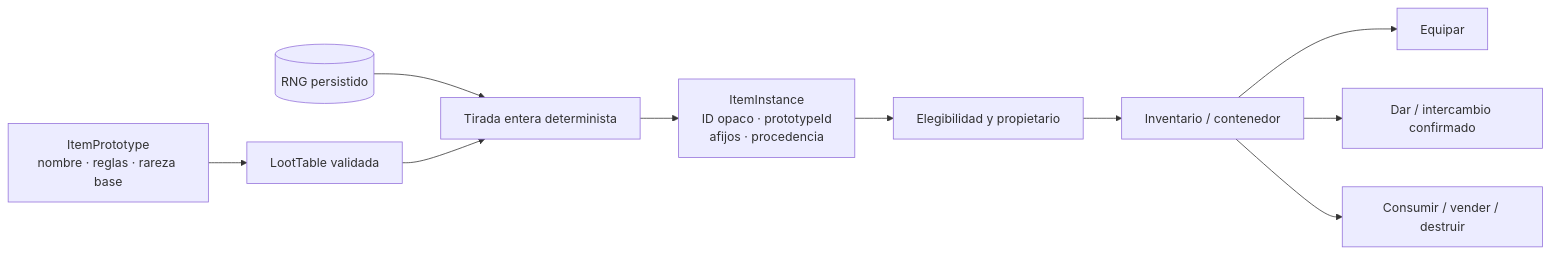
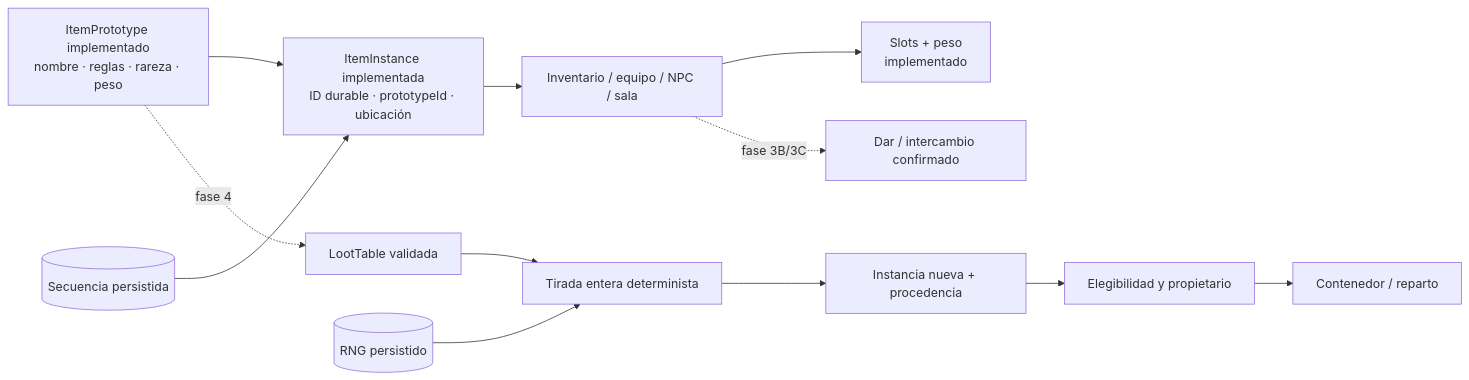
The third of 3 diagrams in docs/design/social-staff-and-loot-roadmap.md (hyukudan/tiamud), drawn with Mermaid before and after one commit. The commit also changed other lines of this file and 58 other files, not shown here.

Commit message:
Implement item instances and inventory capacity

````diff
--- a/docs/design/social-staff-and-loot-roadmap.md
+++ b/docs/design/social-staff-and-loot-roadmap.md
@@ -311,15 +345,18 @@
 ```mermaid
 flowchart LR
-    accTitle: Modelo objetivo de objetos repetibles y botín
-    accDescr: Un prototipo authored define propiedades comunes. Una tabla validada y el RNG persistido crean una instancia durable con procedencia; la transacción la asigna a un propietario o contenedor y después permite equipo, comercio o consumo.
+    accTitle: Fundamento implementado y ampliaciones de objetos repetibles
+    accDescr: Un prototipo ya define propiedades comunes y el runtime crea instancias durables distintas con capacidad e identidad segura. Tablas, derechos, contenedores y comercio siguen como fases posteriores.
 
-    Prototype[ItemPrototype<br/>nombre · reglas · rareza base] --> Table[LootTable validada]
+    Prototype[ItemPrototype implementado<br/>nombre · reglas · rareza · peso] --> Instance[ItemInstance implementada<br/>ID durable · prototypeId · ubicación]
+    Sequence[(Secuencia persistida)] --> Instance
+    Instance --> Current[Inventario / equipo / NPC / sala]
+    Current --> Capacity[Slots + peso<br/>implementado]
+
+    Prototype -. fase 4 .-> Table[LootTable validada]
     RNG[(RNG persistido)] --> Roll[Tirada entera determinista]
     Table --> Roll
-    Roll --> Instance[ItemInstance<br/>ID opaco · prototypeId<br/>afijos · procedencia]
-    Instance --> Rights[Elegibilidad y propietario]
-    Rights --> Inventory[Inventario / contenedor]
-    Inventory --> Equip[Equipar]
-    Inventory --> Trade[Dar / intercambio confirmado]
-    Inventory --> Sink[Consumir / vender / destruir]
+    Roll --> Generated[Instancia nueva + procedencia]
+    Generated --> Rights[Elegibilidad y propietario]
+    Rights --> Future[Contenedor / reparto]
+    Current -. fase 3B/3C .-> Trade[Dar / intercambio confirmado]
 ```
````
